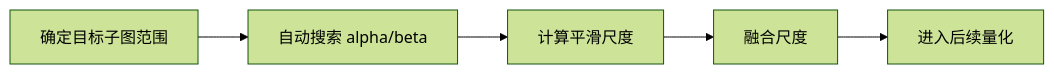
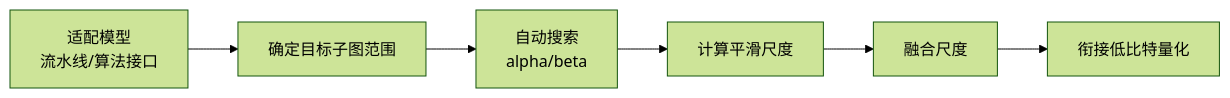
The diagram in msmodelslim/docs/zh/knowledge_base/quantization_algorithms/flex_smooth_quant/usage_flex_smooth_quant.md (mindstudio-docs/master), drawn with Mermaid (forest theme) before and after one commit. The commit also changed other lines of this file and 235 other files, not shown here.

````diff
--- a/msmodelslim/docs/zh/knowledge_base/quantization_algorithms/flex_smooth_quant/usage_flex_smooth_quant.md
+++ b/msmodelslim/docs/zh/knowledge_base/quantization_algorithms/flex_smooth_quant/usage_flex_smooth_quant.md
@@ -24,7 +28,8 @@
 ```mermaid
 flowchart LR
-    A[确定目标子图范围] --> B[自动搜索 alpha/beta]
-    B[自动搜索 alpha/beta] --> C[计算平滑尺度]
-    C[计算平滑尺度] --> D[融合尺度]
-    D[融合尺度] --> E[进入后续量化]
+    A[适配模型<br/>流水线/算法接口] --> B[确定目标子图范围]
+    B --> C[自动搜索<br/>alpha/beta]
+    C --> D[计算平滑尺度]
+    D --> E[融合尺度]
+    E --> F[衔接低比特量化]
 ```
````
